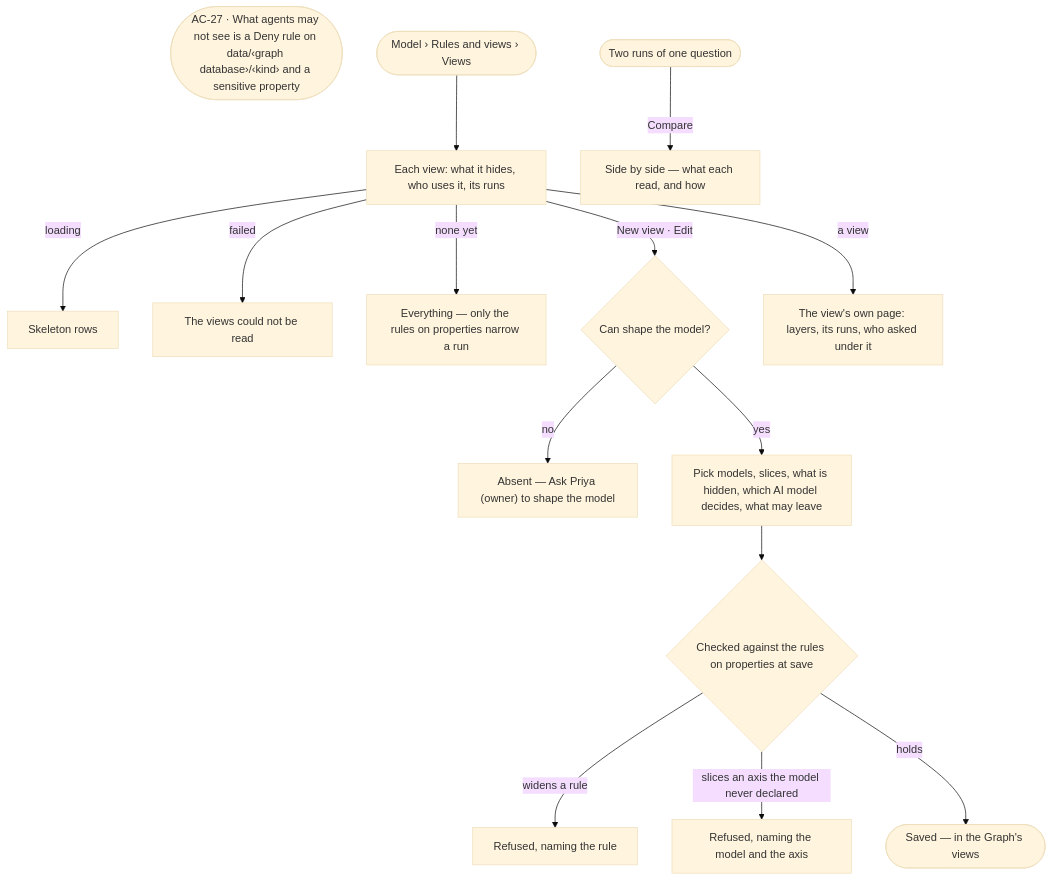
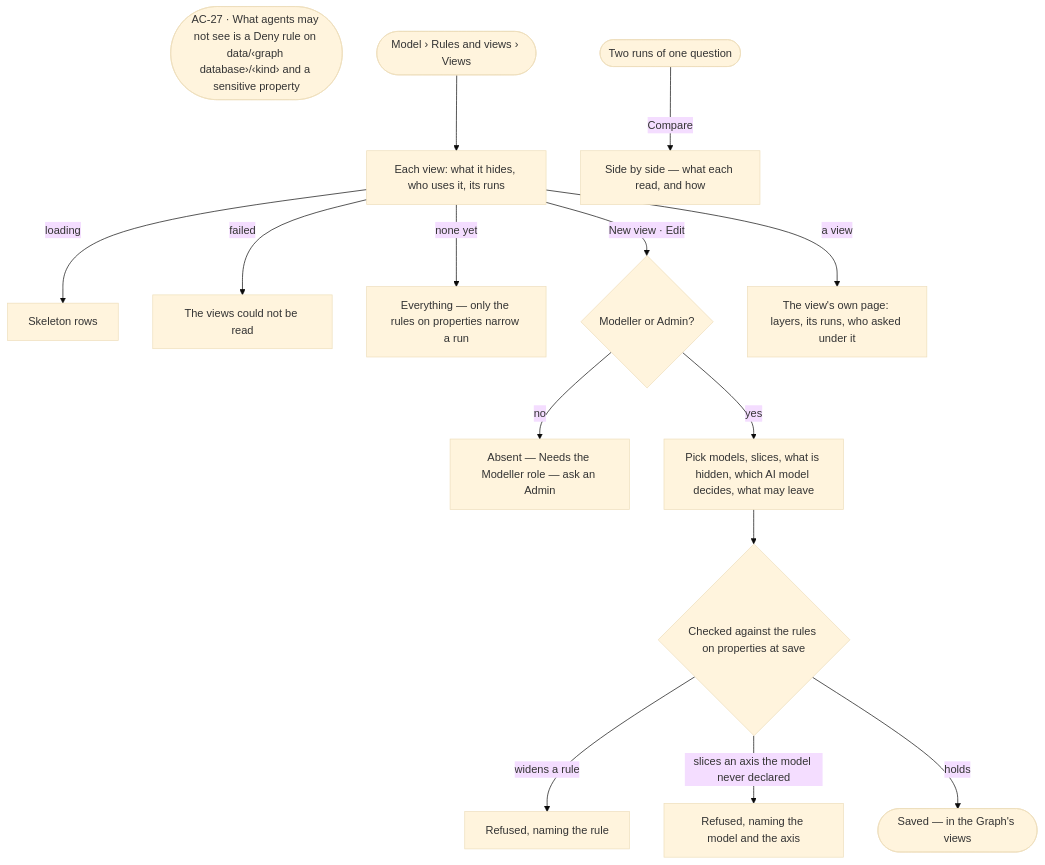
Before and after one commit to invana/invana: the first of 2 diagrams in specs/capabilities/semantics/features/SE-F09-views-of-the-graph/feature.md, drawn with Mermaid (base theme). The commit also changed other lines of this file and 300 other files, not shown here.

````diff
--- a/specs/capabilities/semantics/features/SE-F09-views-of-the-graph/feature.md
+++ b/specs/capabilities/semantics/features/SE-F09-views-of-the-graph/feature.md
@@ -21,17 +21,17 @@
 ```mermaid
 flowchart TD
   kept(["AC-27 · What agents may not see is a Deny rule on data/‹graph database›/‹kind› and a sensitive property"])
   start([Model › Rules and views › Views]) --> v["Each view: what it hides, who uses it, its runs"]
   v -->|loading| sk["Skeleton rows"]
   v -->|failed| f["The views could not be read"]
   v -->|none yet| v0["Everything — only the rules on properties narrow a run"]
-  v -->|New view · Edit| ed{Can shape the model?}
-  ed -->|no| na["Absent — Ask Priya (owner) to shape the model"]
+  v -->|New view · Edit| ed{Modeller or Admin?}
+  ed -->|no| na["Absent — Needs the Modeller role — ask an Admin"]
   ed -->|yes| pick["Pick models, slices, what is hidden, which AI model decides, what may leave"]
   pick --> val{Checked against the rules on properties at save}
   val -->|widens a rule| vr["Refused, naming the rule"]
   val -->|slices an axis the model never declared| va["Refused, naming the model and the axis"]
   val -->|holds| saved(["Saved — in the Graph's views"])
   v -->|a view| board["The view's own page: layers, its runs, who asked under it"]
   runs([Two runs of one question]) -->|Compare| cmp["Side by side — what each read, and how"]
 ```
````
